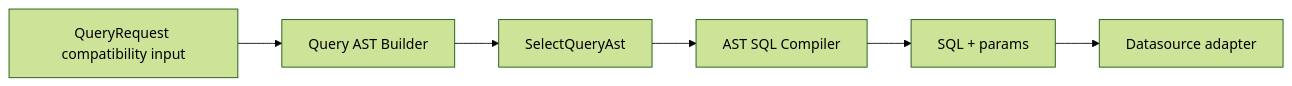
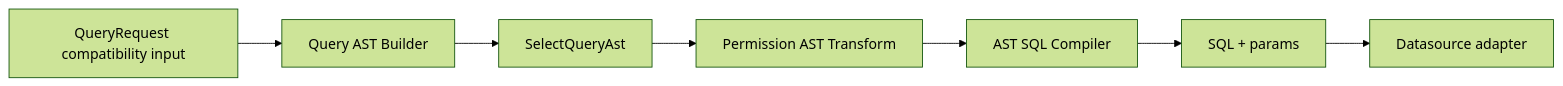
One commit to zhongmiao-org/meta-lc-platform changed the diagram in packages/query/README.md. Above: the diagram before and after it, drawn with Mermaid (forest theme). The commit also changed other lines of this file and 32 other files, not shown here.

Commit message:
feat(permission): add query AST transform (#112)

````diff
--- a/packages/query/README.md
+++ b/packages/query/README.md
@@ -25,8 +25,9 @@
 ```mermaid
 flowchart LR
   Request["QueryRequest compatibility input"] --> AstBuilder["Query AST Builder"]
   AstBuilder --> Ast["SelectQueryAst"]
-  Ast --> Compiler["AST SQL Compiler"]
+  Ast --> Permission["Permission AST Transform"]
+  Permission --> Compiler["AST SQL Compiler"]
   Compiler --> Sql["SQL + params"]
   Sql --> Executor["Datasource adapter"]
 ```
````
